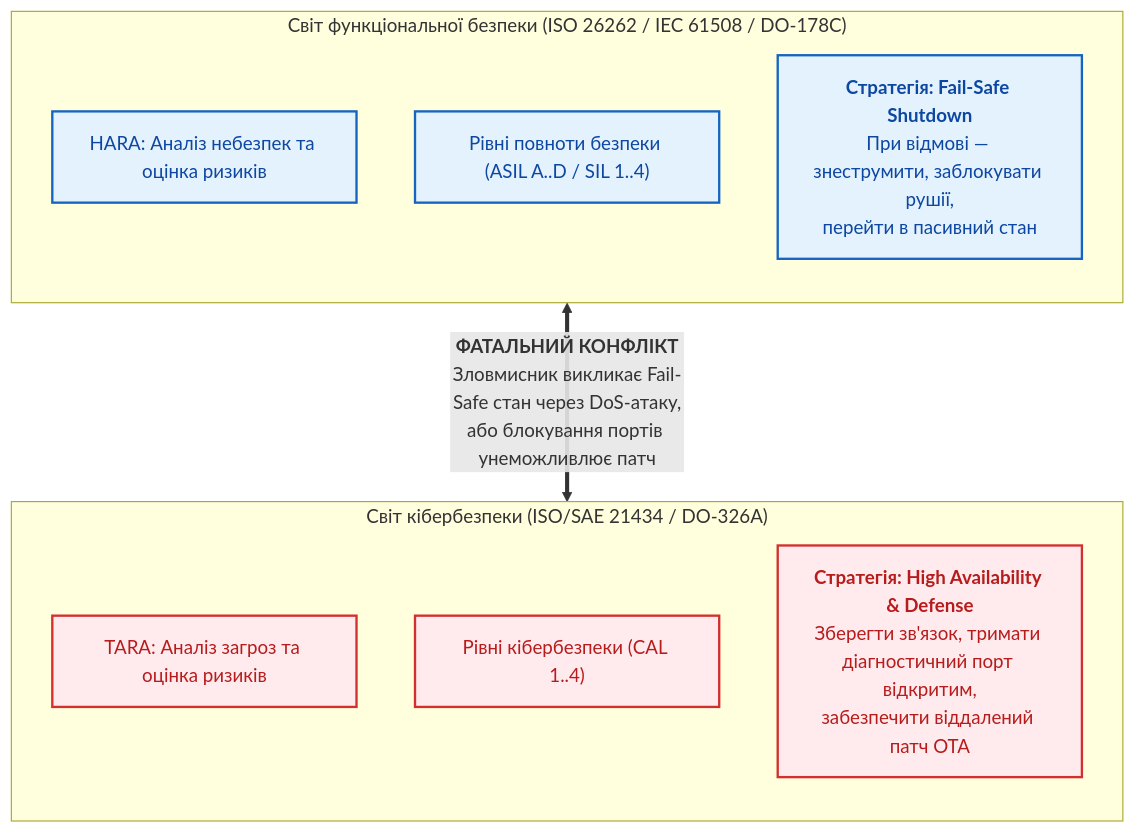
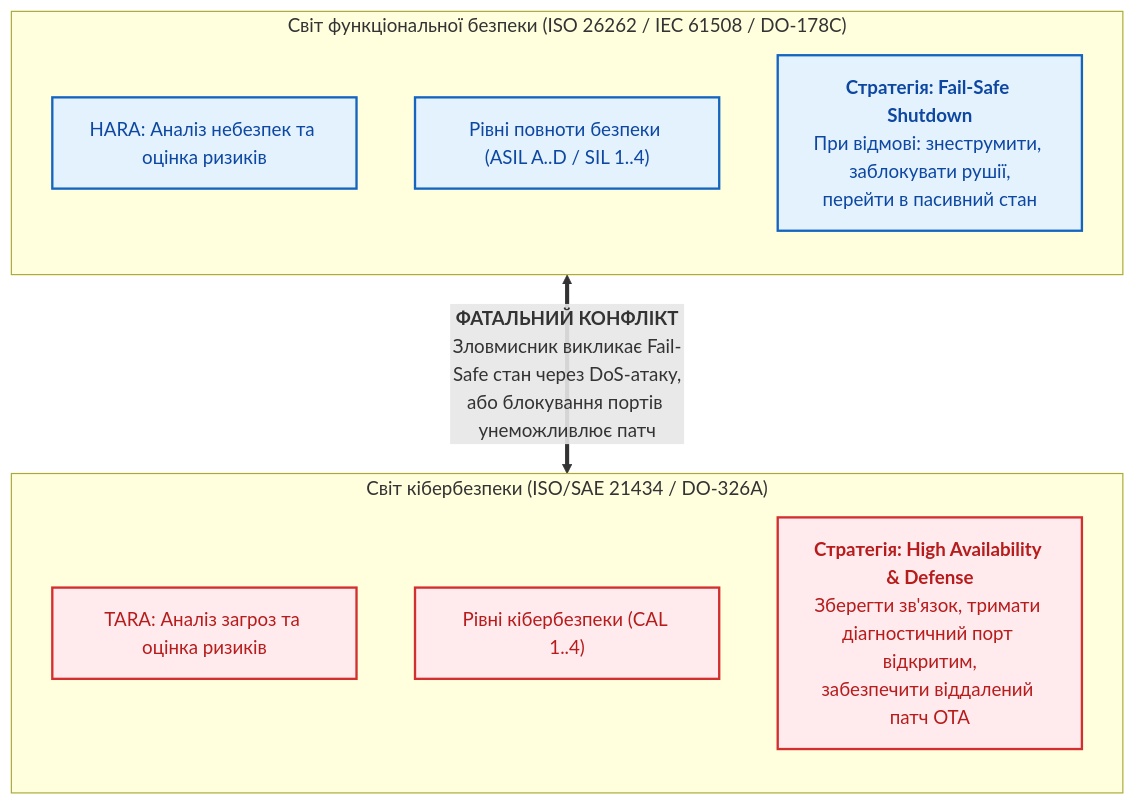
One commit to nick-fedchik/articles changed the first of 5 diagrams in ExpertSystem/ch30-safety-cybersecurity-co-engineering.md. Above: the diagram before and after it, drawn with Mermaid. The commit also changed other lines of this file and 5 other files, not shown here.

````diff
--- a/ExpertSystem/ch30-safety-cybersecurity-co-engineering.md
+++ b/ExpertSystem/ch30-safety-cybersecurity-co-engineering.md
@@ -27,27 +27,27 @@
 ```mermaid
 flowchart TD
     accTitle: Проблема розриву між функціональною безпекою та кібербезпекою
     accDescr: Несумісність цілей безпеки та кіберзахисту в автономних системах.
 
     subgraph SafetyWorld["Світ функціональної безпеки (ISO 26262 / IEC 61508 / DO-178C)"]
         direction TB
         HARA["HARA: Аналіз небезпек та оцінка ризиків"]
         ASIL["Рівні повноти безпеки (ASIL A..D / SIL 1..4)"]
-        FS["<b>Стратегія: Fail-Safe Shutdown</b><br/>При відмові — знеструмити, заблокувати рушії,<br/>перейти в пасивний стан"]
+        FS["<b>Стратегія: Fail-Safe Shutdown</b><br/>При відмові: знеструмити, заблокувати рушії,<br/>перейти в пасивний стан"]
     end
 
     subgraph SecurityWorld["Світ кібербезпеки (ISO/SAE 21434 / DO-326A)"]
         direction TB
         TARA["TARA: Аналіз загроз та оцінка ризиків"]
         CAL["Рівні кібербезпеки (CAL 1..4)"]
         SEC["<b>Стратегія: High Availability & Defense</b><br/>Зберегти зв'язок, тримати діагностичний порт відкритим,<br/>забезпечити віддалений патч OTA"]
     end
 
     FS <== "<b>ФАТАЛЬНИЙ КОНФЛІКТ</b><br/>Зловмисник викликає Fail-Safe стан через DoS-атаку,<br/>або блокування портів унеможливлює патч" ==> SEC
 
     classDef safety fill:#e3f2fd,stroke:#1565c0,stroke-width:2px,color:#0d47a1;
     classDef security fill:#ffebee,stroke:#d32f2f,stroke-width:2px,color:#b71c1c;
 
     class HARA,ASIL,FS safety;
     class TARA,CAL,SEC security;
 ```
````
